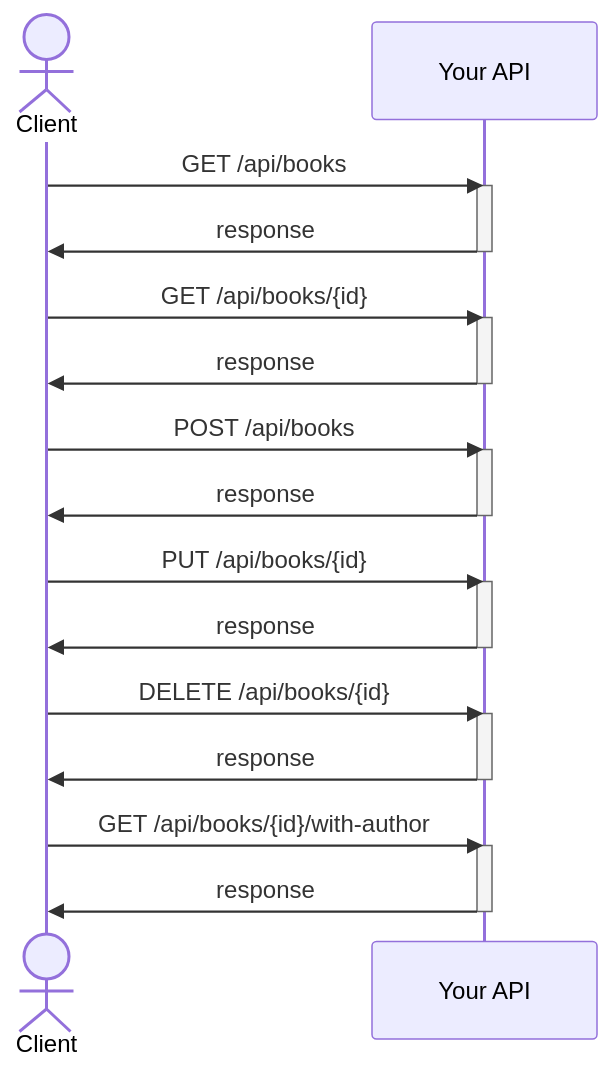
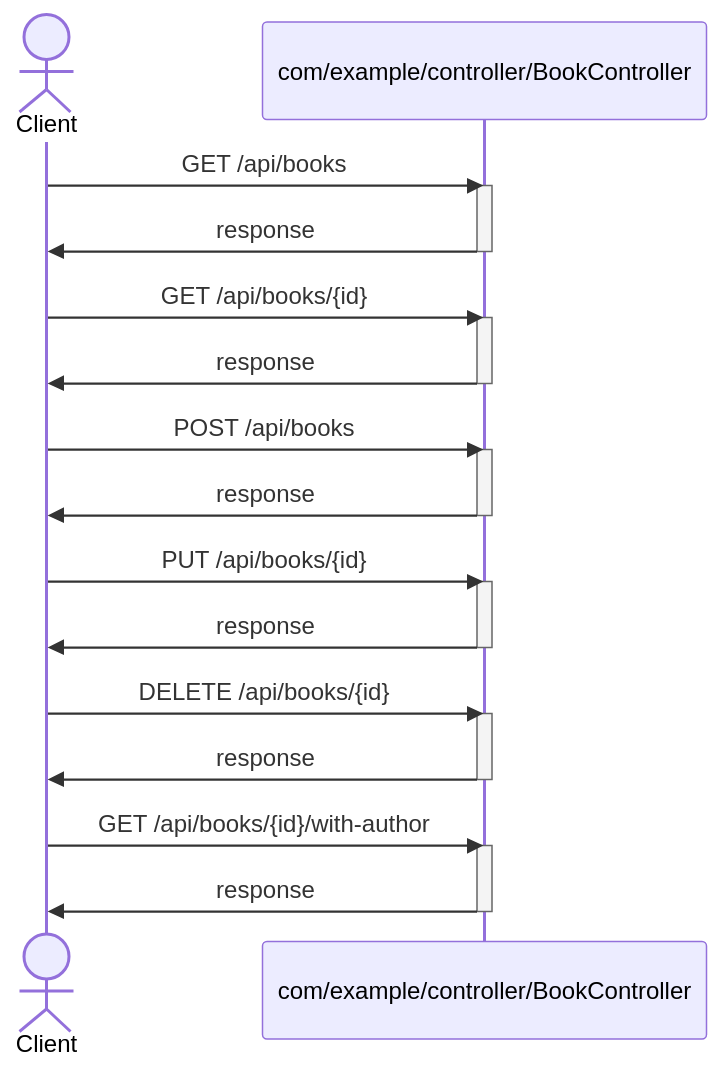
One commit to vanhieptech/hackathon changed the diagram in SequenceDiagramGenerator/sequence_diagram.mmd. Above: the diagram before and after it, drawn with Mermaid. The commit also changed 18 other files, not shown here.

Commit message:
generate sequence diagram

```diff
--- a/SequenceDiagramGenerator/sequence_diagram.mmd
+++ b/SequenceDiagramGenerator/sequence_diagram.mmd
@@ -1,27 +1,27 @@
 sequenceDiagram
     actor Client
-    participant API as Your API
-    Client->>API: GET /api/books
-    activate API
-    API->>Client: response
-    deactivate API
-    Client->>API: GET /api/books/{id}
-    activate API
-    API->>Client: response
-    deactivate API
-    Client->>API: POST /api/books
-    activate API
-    API->>Client: response
-    deactivate API
-    Client->>API: PUT /api/books/{id}
-    activate API
-    API->>Client: response
-    deactivate API
-    Client->>API: DELETE /api/books/{id}
-    activate API
-    API->>Client: response
-    deactivate API
-    Client->>API: GET /api/books/{id}/with-author
-    activate API
-    API->>Client: response
-    deactivate API
+    participant Service0 as com/example/controller/BookController
+    Client->>Service0: GET /api/books
+    activate Service0
+    Service0->>Client: response
+    deactivate Service0
+    Client->>Service0: GET /api/books/{id}
+    activate Service0
+    Service0->>Client: response
+    deactivate Service0
+    Client->>Service0: POST /api/books
+    activate Service0
+    Service0->>Client: response
+    deactivate Service0
+    Client->>Service0: PUT /api/books/{id}
+    activate Service0
+    Service0->>Client: response
+    deactivate Service0
+    Client->>Service0: DELETE /api/books/{id}
+    activate Service0
+    Service0->>Client: response
+    deactivate Service0
+    Client->>Service0: GET /api/books/{id}/with-author
+    activate Service0
+    Service0->>Client: response
+    deactivate Service0
```
